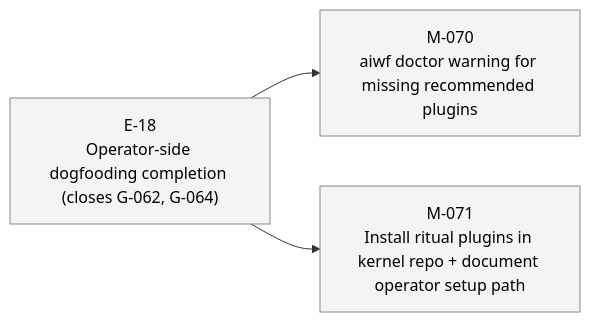
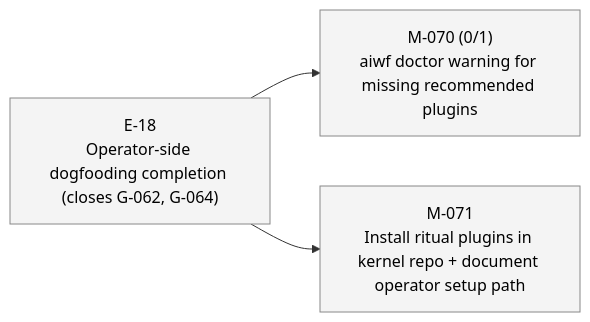
One commit to 23min/aiwf changed the fourth of 4 diagrams in STATUS.md. Above: the diagram before and after it, drawn with Mermaid. The commit also changed other lines of this file and 1 other file, not shown here.

First line of the commit message:
aiwf add ac M-070/AC-1 "doctor.recommended_plugins config field accepts list"

````diff
--- a/STATUS.md
+++ b/STATUS.md
@@ -80,14 +80,14 @@
 ```mermaid
 flowchart LR
   E_18["E-18<br/>Operator-side dogfooding completion (closes G-062, G-064)"]:::epic_proposed
-  M_070["M-070<br/>aiwf doctor warning for missing recommended plugins"]:::ms_draft
+  M_070["M-070 (0/1)<br/>aiwf doctor warning for missing recommended plugins"]:::ms_draft
   E_18 --> M_070
   M_071["M-071<br/>Install ritual plugins in kernel repo + document operator setup path"]:::ms_draft
   E_18 --> M_071
   classDef epic_active fill:#d6eaff,stroke:#1a73e8,color:#000
   classDef epic_proposed fill:#f4f4f4,stroke:#888,color:#000
   classDef ms_done fill:#d8f5d8,stroke:#2a8a2a,color:#000
   classDef ms_in_progress fill:#fff3c4,stroke:#caa400,color:#000
   classDef ms_draft fill:#f4f4f4,stroke:#888,color:#000
   classDef ms_cancelled fill:#fbeaea,stroke:#c33,color:#000
 ```
````
